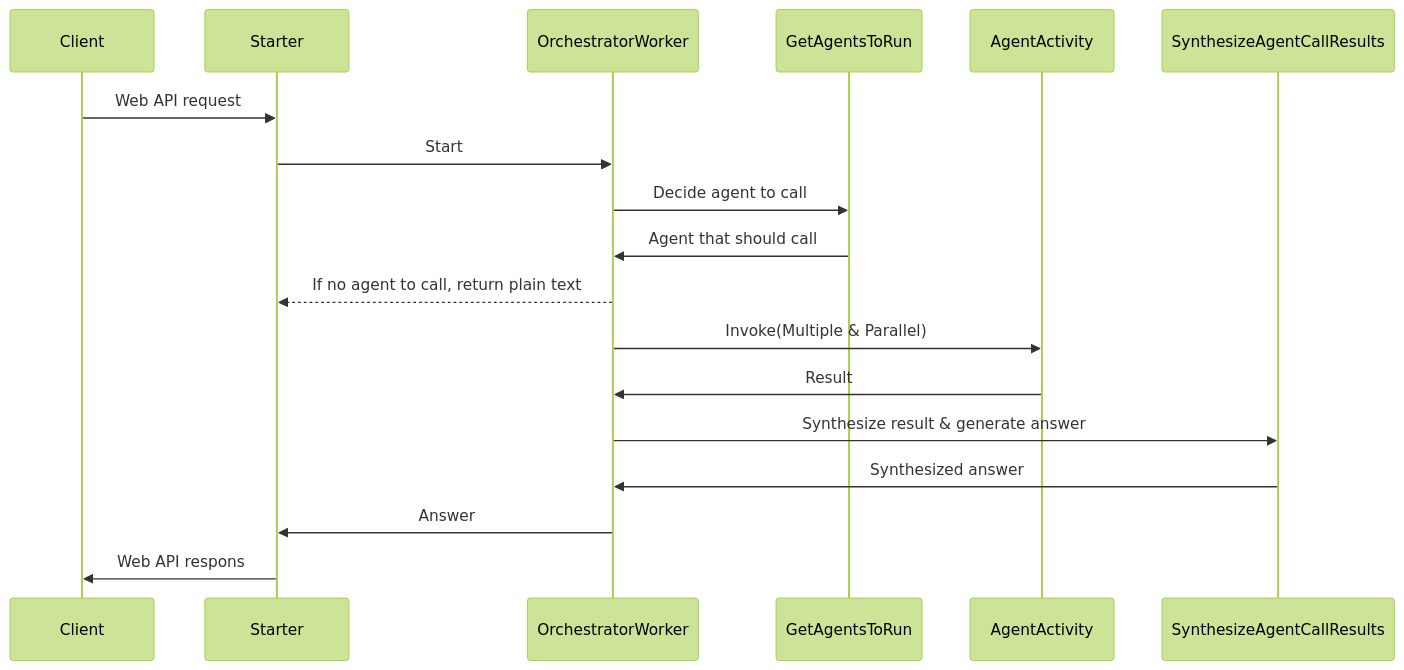
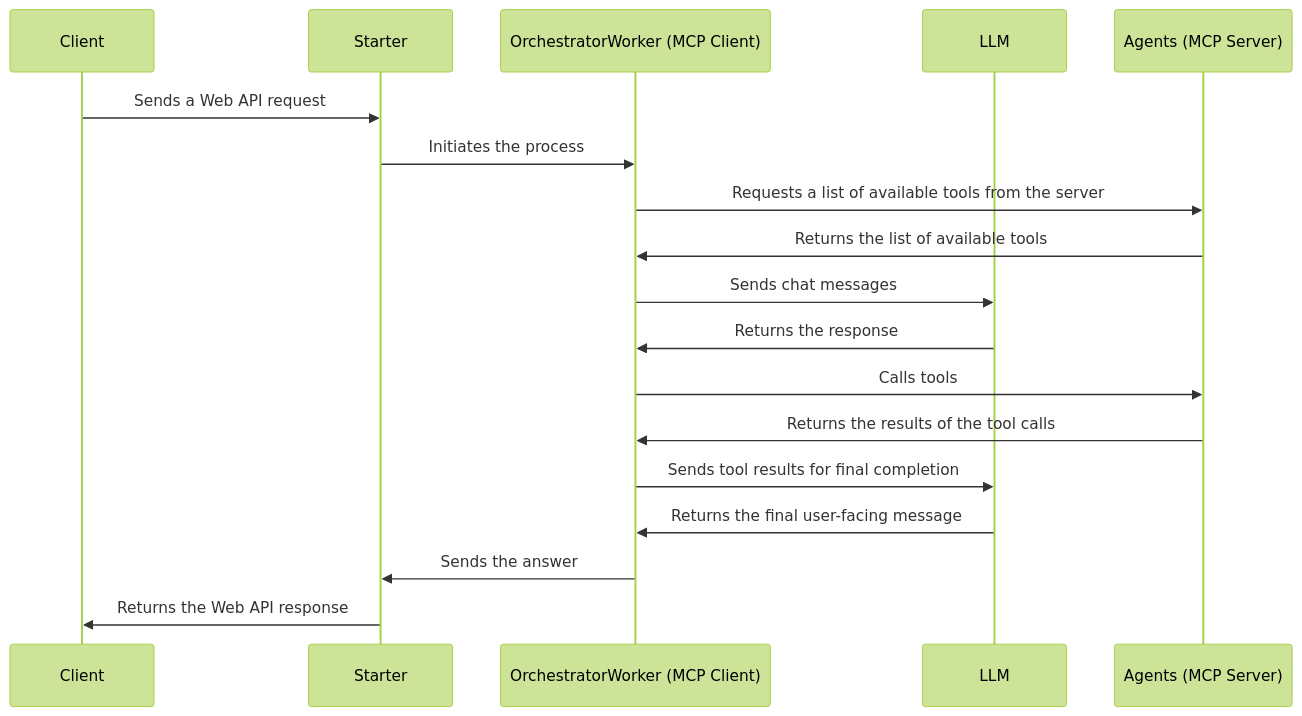
The diagram in azure-functions-mcp-multi-agent/travel-concierge/README.md (thara0402/azure-openai-samples), drawn with Mermaid (forest theme) before and after one commit.

````diff
--- a/azure-functions-mcp-multi-agent/travel-concierge/README.md
+++ b/azure-functions-mcp-multi-agent/travel-concierge/README.md
@@ -7,21 +7,21 @@
 ```mermaid
 sequenceDiagram
     participant Client
     participant Starter
-    participant OrchestratorWorker
-    participant GetAgentsToRun
-    participant AgentActivity
-    participant SynthesizeAgentCallResults
+    participant OrchestratorWorker (MCP Client)
+    participant LLM
+    participant Agents (MCP Server)
 
-    Client->>Starter: Web API request
-    Starter->>OrchestratorWorker: Start
-    OrchestratorWorker ->> GetAgentsToRun: Decide agent to call
-    GetAgentsToRun ->> OrchestratorWorker: Agent that should call
-    OrchestratorWorker -->> Starter: If no agent to call, return plain text
-    OrchestratorWorker ->> AgentActivity: Invoke(Multiple & Parallel)
-    AgentActivity ->> OrchestratorWorker: Result
-    OrchestratorWorker ->> SynthesizeAgentCallResults: Synthesize result & generate answer
-    SynthesizeAgentCallResults ->> OrchestratorWorker: Synthesized answer
-    OrchestratorWorker ->> Starter: Answer
-    Starter ->> Client: Web API respons
+    Client->>Starter: Sends a Web API request
+    Starter->>OrchestratorWorker (MCP Client): Initiates the process
+    OrchestratorWorker (MCP Client) ->> Agents (MCP Server): Requests a list of available tools from the server
+    Agents (MCP Server) ->> OrchestratorWorker (MCP Client): Returns the list of available tools
+    OrchestratorWorker (MCP Client) ->> LLM: Sends chat messages
+    LLM ->> OrchestratorWorker (MCP Client): Returns the response
+    OrchestratorWorker (MCP Client) ->> Agents (MCP Server): Calls tools
+    Agents (MCP Server) ->> OrchestratorWorker (MCP Client): Returns the results of the tool calls
+    OrchestratorWorker (MCP Client) ->> LLM: Sends tool results for final completion
+    LLM ->> OrchestratorWorker (MCP Client): Returns the final user-facing message
+    OrchestratorWorker (MCP Client) ->> Starter: Sends the answer
+    Starter ->> Client: Returns the Web API response
 ```
````
